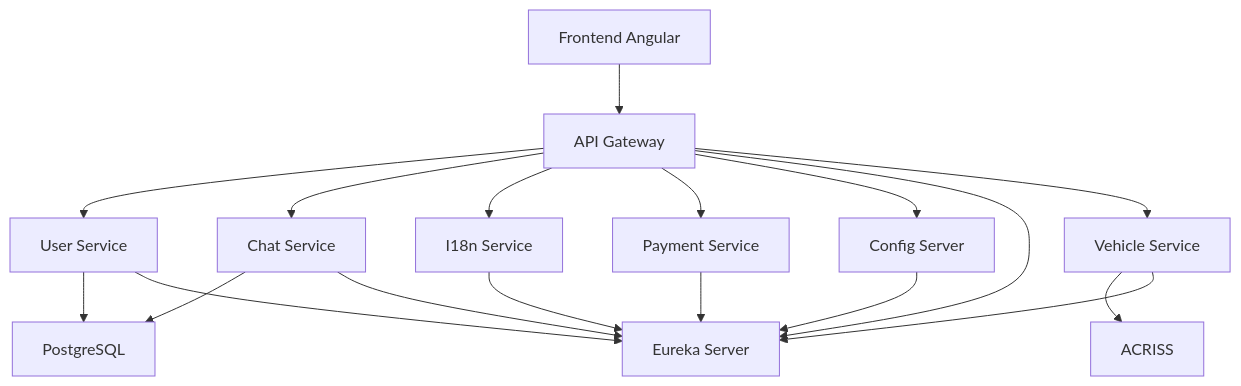
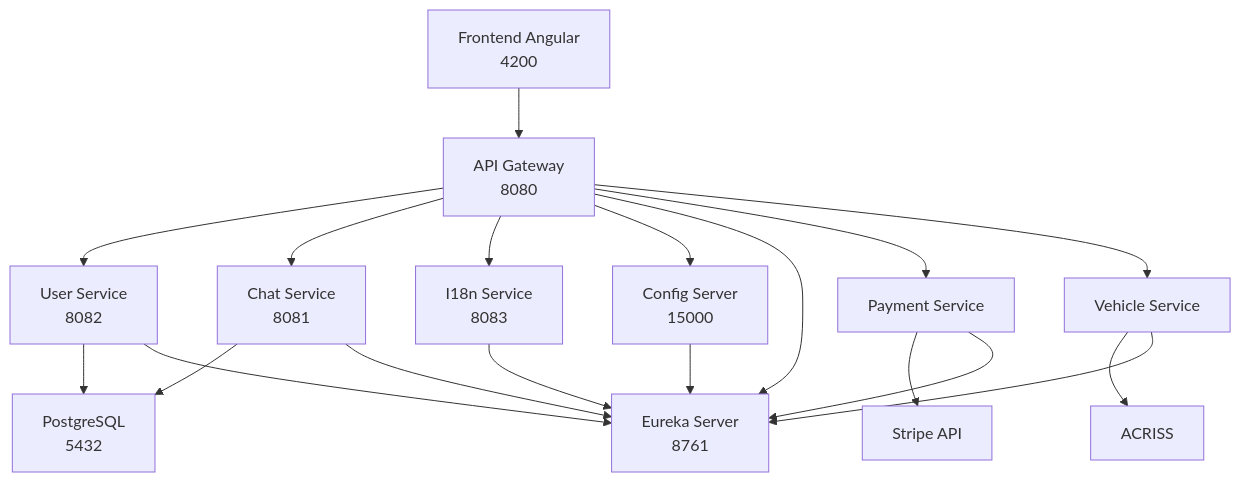
The first of 2 diagrams in readme.md (mathador/p7_YourCarYourWay), drawn with Mermaid before and after one commit. The commit also changed 2 other files, not shown here.

Commit message:
correction bug affichage diagramme mermaid

````diff
--- a/readme.md
+++ b/readme.md
@@ -208,22 +208,32 @@
 ```mermaid
 
-graph TD
-    A[Frontend Angular] --> B[API Gateway]
-    B --> C[User Service]
-    B --> D[Chat Service]
-    B --> E[I18n Service]
+graph TD;
+
+    A[Frontend Angular
+    4200] --> B[API Gateway
+    8080]
+    B --> C[User Service
+    8082]
+    B --> D[Chat Service
+    8081]
+    B --> E[I18n Service
+    8083]
+    C --> F[PostgreSQL
+    5432]
+    D --> F
+    B --> G[Config Server
+    15000]
+    B --> H[Eureka Server
+    8761]
     B --> I[Payment Service]
-    C --> F[PostgreSQL]
-    D --> F
-    B --> G[Config Server]
-    B --> H[Eureka Server]
+    I --> L[Stripe API]
     B --> J[Vehicle Service]
     J --> K[ACRISS]
     C --> H
     D --> H
     E --> H
     I --> H
     J --> H
     G --> H
     
 ```
````
